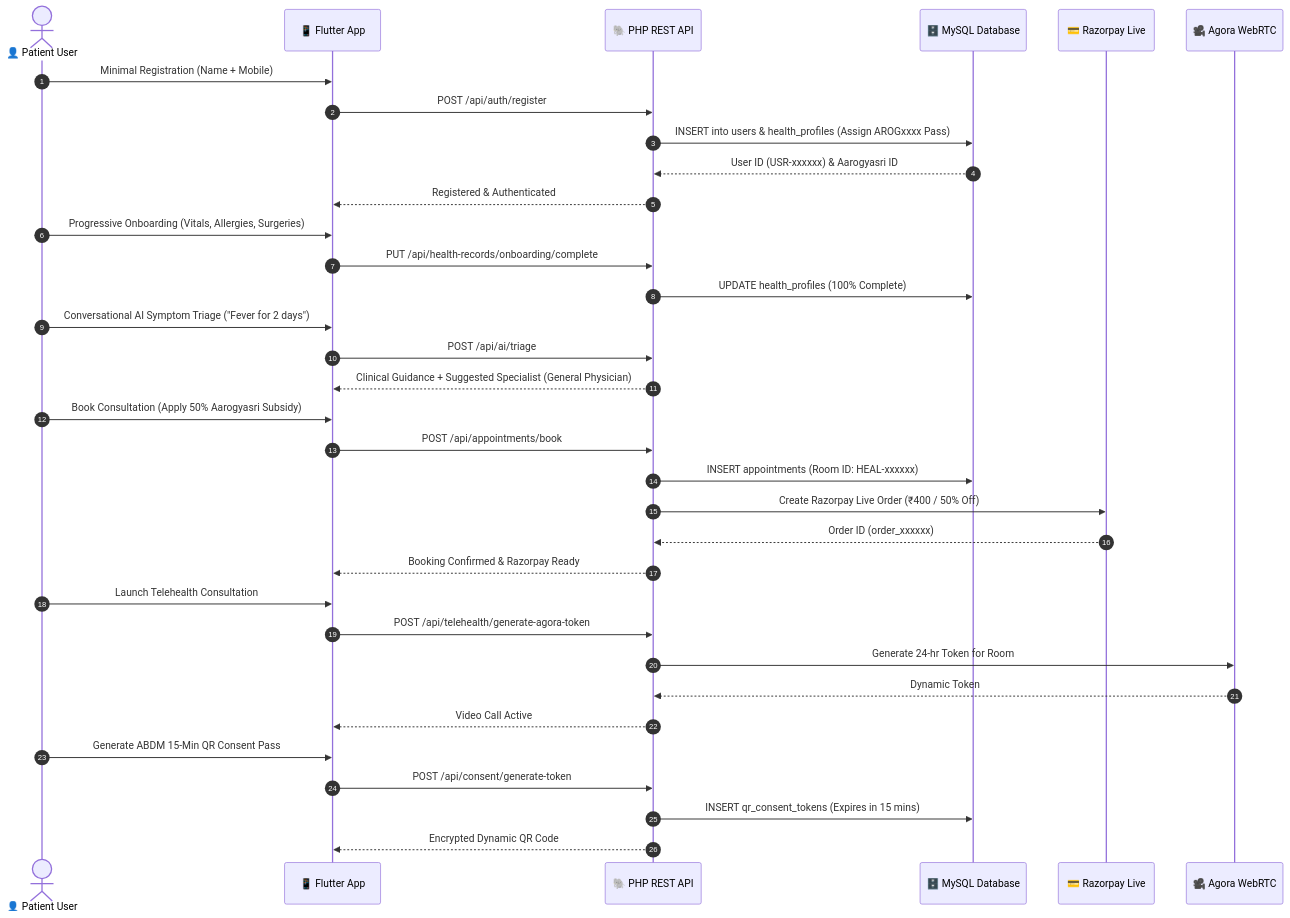
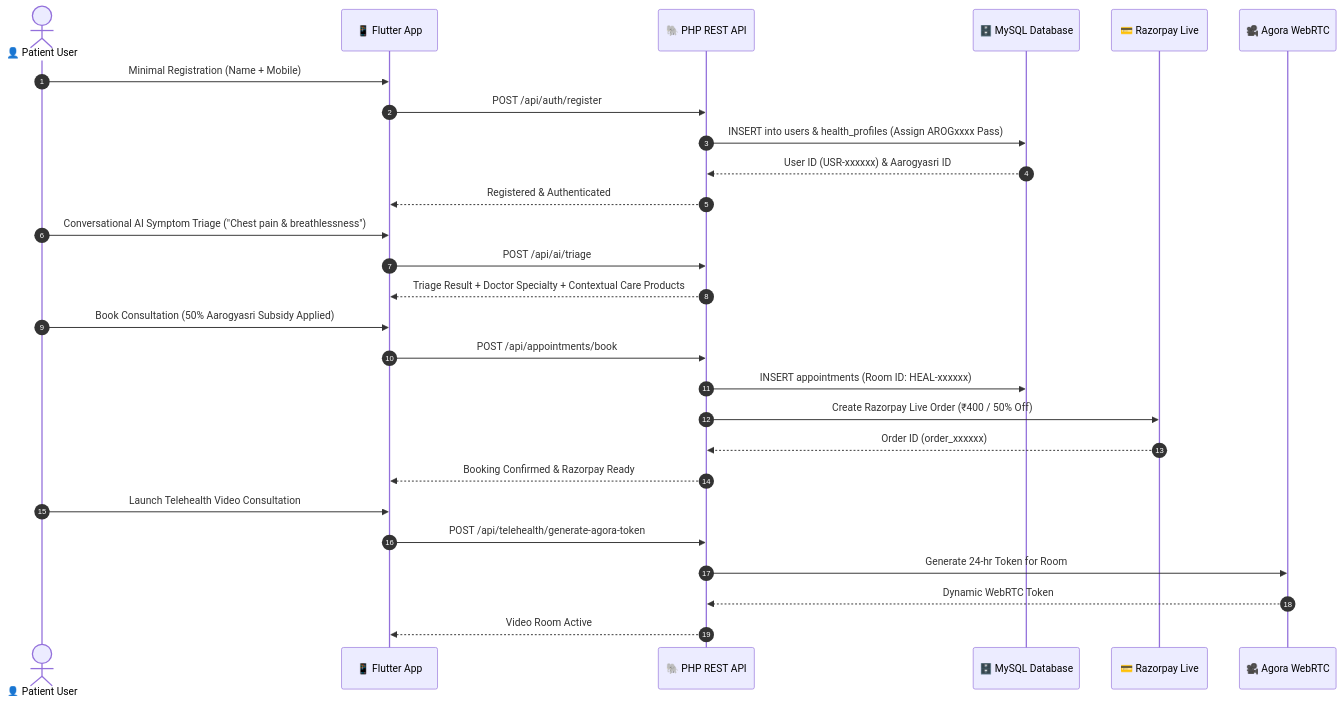
One commit to pavanstarkin-tech/healthyxpress_medha changed the second of 2 diagrams in README.md. Above: the diagram before and after it, drawn with Mermaid. The commit also changed other lines of this file, not shown here.

````diff
--- a/README.md
+++ b/README.md
@@ -79,42 +110,33 @@
 ```mermaid
 sequenceDiagram
     autonumber
     actor User as 👤 Patient User
     participant App as 📱 Flutter App
     participant API as 🐘 PHP REST API
     participant DB as 🗄️ MySQL Database
     participant RZP as 💳 Razorpay Live
     participant AG as 🎥 Agora WebRTC
 
     User->>App: Minimal Registration (Name + Mobile)
     App->>API: POST /api/auth/register
     API->>DB: INSERT into users & health_profiles (Assign AROGxxxx Pass)
     DB-->>API: User ID (USR-xxxxxx) & Aarogyasri ID
     API-->>App: Registered & Authenticated
 
-    User->>App: Progressive Onboarding (Vitals, Allergies, Surgeries)
-    App->>API: PUT /api/health-records/onboarding/complete
-    API->>DB: UPDATE health_profiles (100% Complete)
+    User->>App: Conversational AI Symptom Triage ("Chest pain & breathlessness")
+    App->>API: POST /api/ai/triage
+    API-->>App: Triage Result + Doctor Specialty + Contextual Care Products
 
-    User->>App: Conversational AI Symptom Triage ("Fever for 2 days")
-    App->>API: POST /api/ai/triage
-    API-->>App: Clinical Guidance + Suggested Specialist (General Physician)
-
-    User->>App: Book Consultation (Apply 50% Aarogyasri Subsidy)
+    User->>App: Book Consultation (50% Aarogyasri Subsidy Applied)
     App->>API: POST /api/appointments/book
     API->>DB: INSERT appointments (Room ID: HEAL-xxxxxx)
     API->>RZP: Create Razorpay Live Order (₹400 / 50% Off)
     RZP-->>API: Order ID (order_xxxxxx)
     API-->>App: Booking Confirmed & Razorpay Ready
 
-    User->>App: Launch Telehealth Consultation
+    User->>App: Launch Telehealth Video Consultation
     App->>API: POST /api/telehealth/generate-agora-token
     API->>AG: Generate 24-hr Token for Room
-    AG-->>API: Dynamic Token
-    API-->>App: Video Call Active
-
-    User->>App: Generate ABDM 15-Min QR Consent Pass
-    App->>API: POST /api/consent/generate-token
-    API->>DB: INSERT qr_consent_tokens (Expires in 15 mins)
-    API-->>App: Encrypted Dynamic QR Code
+    AG-->>API: Dynamic WebRTC Token
+    API-->>App: Video Room Active
 ```
````
